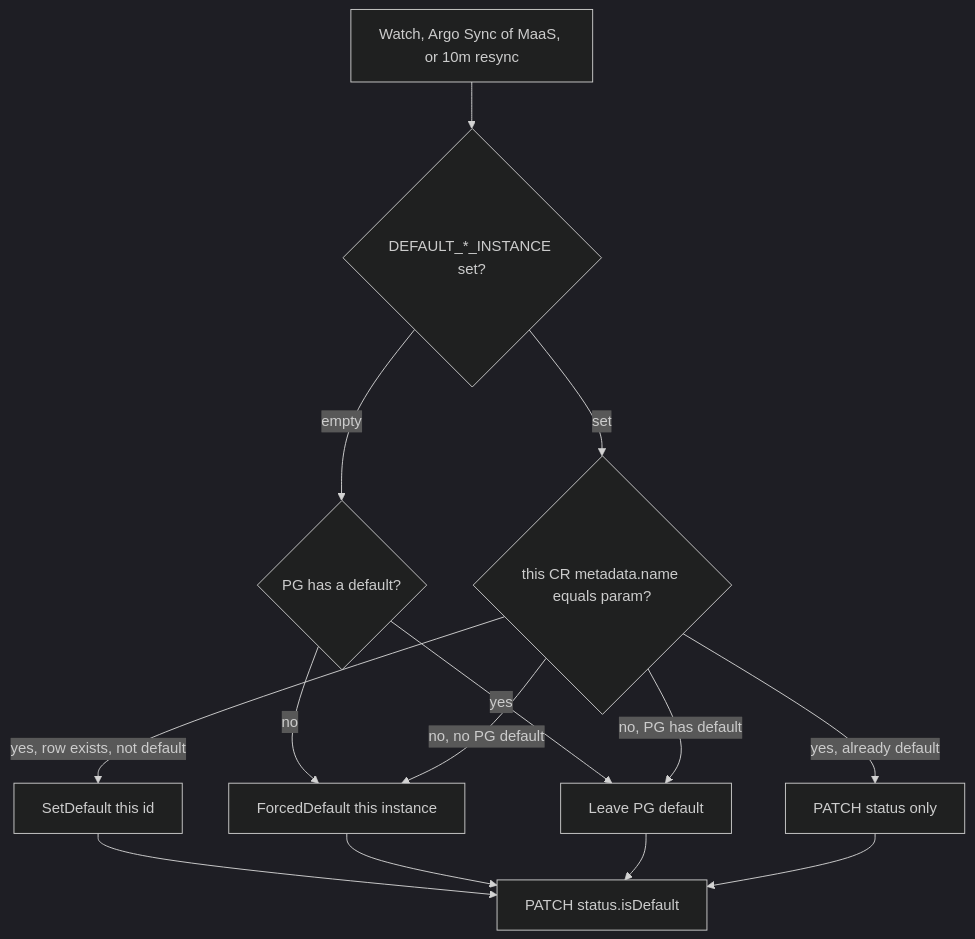
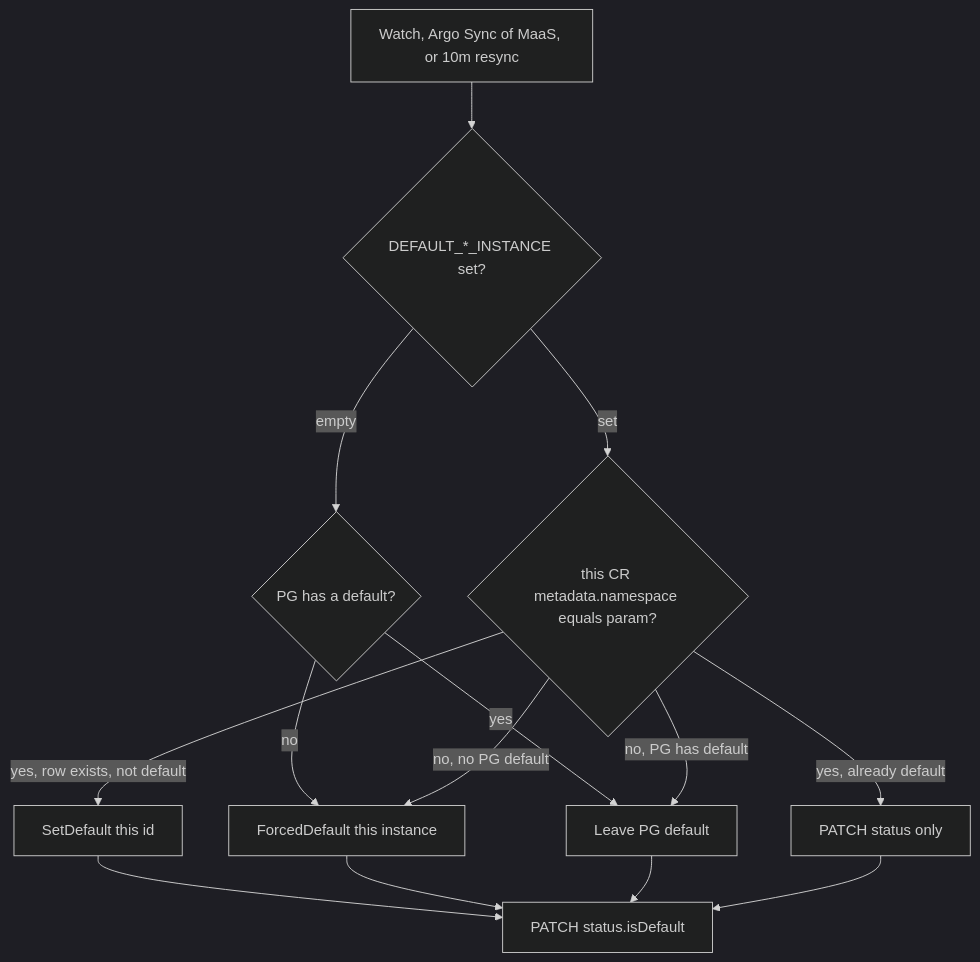
Before and after one commit to Netcracker/qubership-maas: the seventh of 14 diagrams in docs/operator_design.md, drawn with Mermaid (dark theme). The commit also changed other lines of this file and 21 other files, not shown here.

````diff
--- a/docs/operator_design.md
+++ b/docs/operator_design.md
@@ -1290,17 +1311,17 @@
 ```mermaid
 flowchart TD
   ev[Watch, Argo Sync of MaaS, or 10m resync]
   ev --> param{"DEFAULT_*_INSTANCE set?"}
   param -->|empty| empty{"PG has a default?"}
   empty -->|no| force["ForcedDefault this instance"]
   empty -->|yes| keep["Leave PG default"]
-  param -->|set| match{"this CR metadata.name equals param?"}
+  param -->|set| match{"this CR metadata.namespace equals param?"}
   match -->|yes, row exists, not default| set["SetDefault this id"]
   match -->|yes, already default| patchOnly["PATCH status only"]
   match -->|no, no PG default| force
   match -->|no, PG has default| keep
   set --> patch["PATCH status.isDefault"]
   force --> patch
   keep --> patch
   patchOnly --> patch
 ```
````
